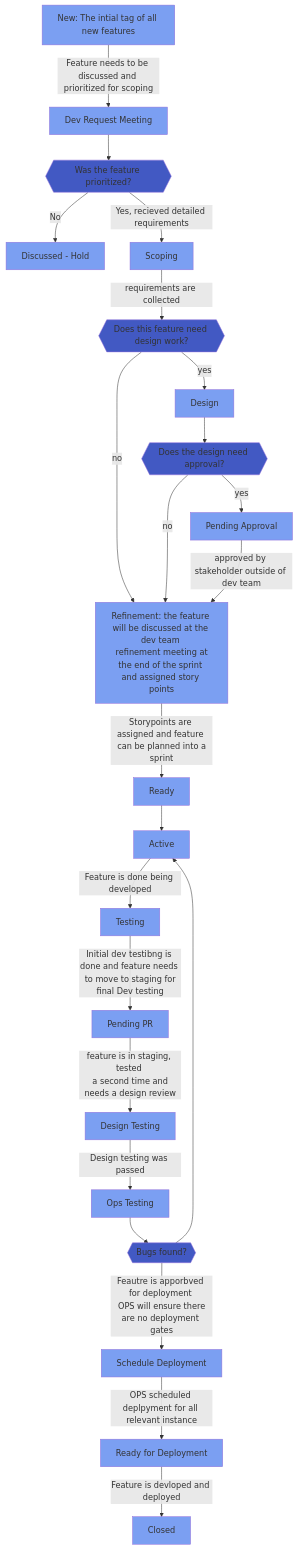
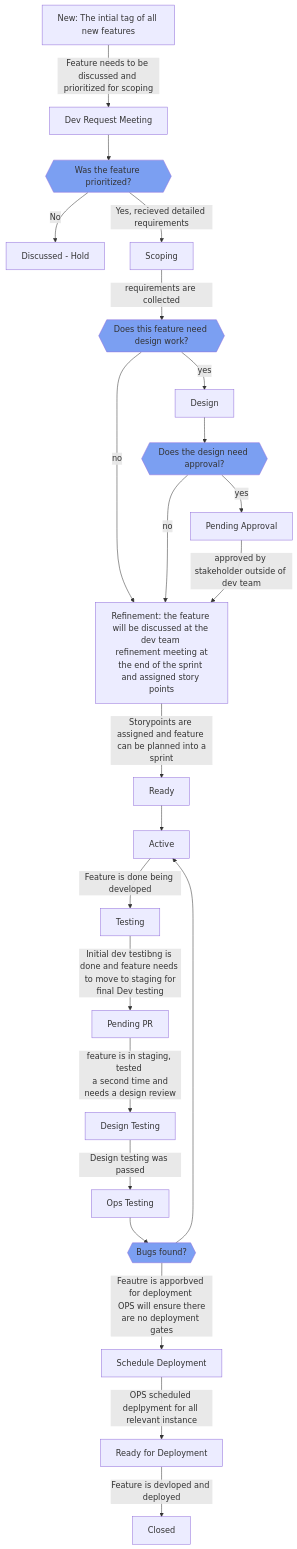
The first of 3 diagrams in README.md (abbyhoosh/VueFrontend), drawn with Mermaid before and after one commit. The commit also changed other lines of this file, not shown here.

````diff
--- a/README.md
+++ b/README.md
@@ -31,51 +31,49 @@
 ```mermaid
 flowchart TD
-classDef tags fill:#7B9FF2
-classDef booleans fill:#4259C3;
+classDef booleans fill:#7B9FF2;
 
 NewFeature[New: The intial tag of all new features]
 DevReq[Dev Request Meeting]
 DiscussedHold[Discussed - Hold]
 Scoping[Scoping]
 Design[Design]
 PendingApproval[Pending Approval]
 Refinement[Refinement: the feature will be discussed at the dev team <br> refinement meeting at the end of the sprint and assigned story points]
 Ready[Ready]
 Active[Active]
 Testing[Testing]
 PendingPR[Pending PR]
 DesignTesting[Design Testing]
 OPS[Ops Testing]
 ScheduleDeployment[Schedule Deployment]
 ReadyForDeployment[Ready for Deployment]
 Closed[Closed]
 PrioritizedBool{{Was the feature prioritized?}}
 BugsBool{{Bugs found?}}
 DesignBool{{Does this feature need design work?}}
 DesignApprovalBool{{Does the design need approval?}}
 
 class PrioritizedBool,BugsBool,DesignBool,DesignApprovalBool booleans;
-class NewFeature,DevReq,DiscussedHold,Scoping,Design,PendingApproval,Refinement,Ready,Active,Testing,PendingPR,DesignTesting,OPS,ScheduleDeployment,ReadyForDeployment,Closed tags;
 
 NewFeature-->|Feature needs to be discussed and prioritized for scoping|DevReq
 DevReq-->PrioritizedBool
 PrioritizedBool-->|Yes, recieved detailed requirements|Scoping
 PrioritizedBool-->|No|DiscussedHold
 Scoping-->|requirements are collected|DesignBool
 DesignBool-->|yes|Design
 DesignBool-->|no|Refinement
 Design-->DesignApprovalBool
 DesignApprovalBool-->|yes|PendingApproval
 DesignApprovalBool-->|no|Refinement
 PendingApproval-->|approved by stakeholder outside of dev team|Refinement
 Refinement-->|Storypoints are assigned and feature <br> can be planned into a sprint|Ready
 Ready--> Active
 Active-->|Feature is done being developed|Testing
 Testing-->|Initial dev testibng is done and feature needs <br> to move to staging for final Dev testing|PendingPR
 PendingPR-->|feature is in staging, tested <br> a second time and needs a design review|DesignTesting
 DesignTesting-->|Design testing was passed|OPS
 OPS-->BugsBool
 BugsBool-->|Feautre is apporbved for deployment <br> OPS will ensure there are no deployment gates|ScheduleDeployment
 BugsBool-->Active
 ScheduleDeployment-->|OPS scheduled deplpyment for all relevant instance|ReadyForDeployment-->|Feature is devloped and deployed|Closed
 ```
````
